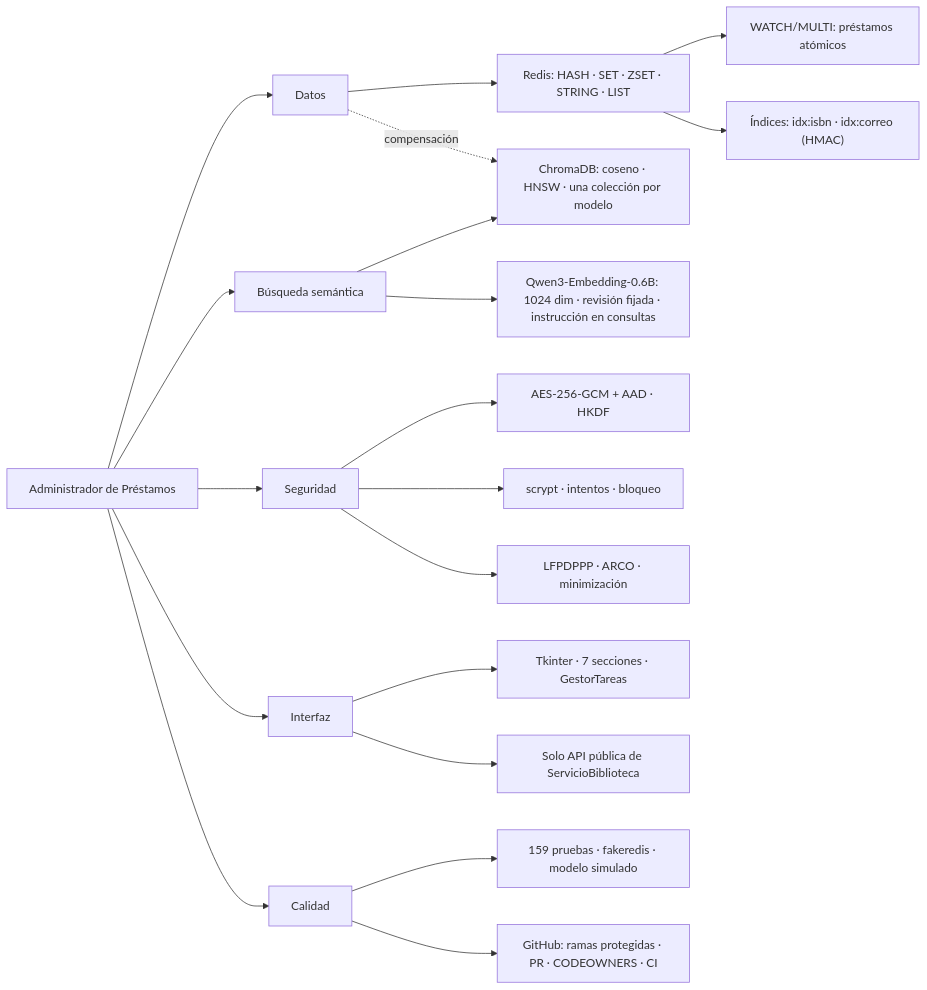
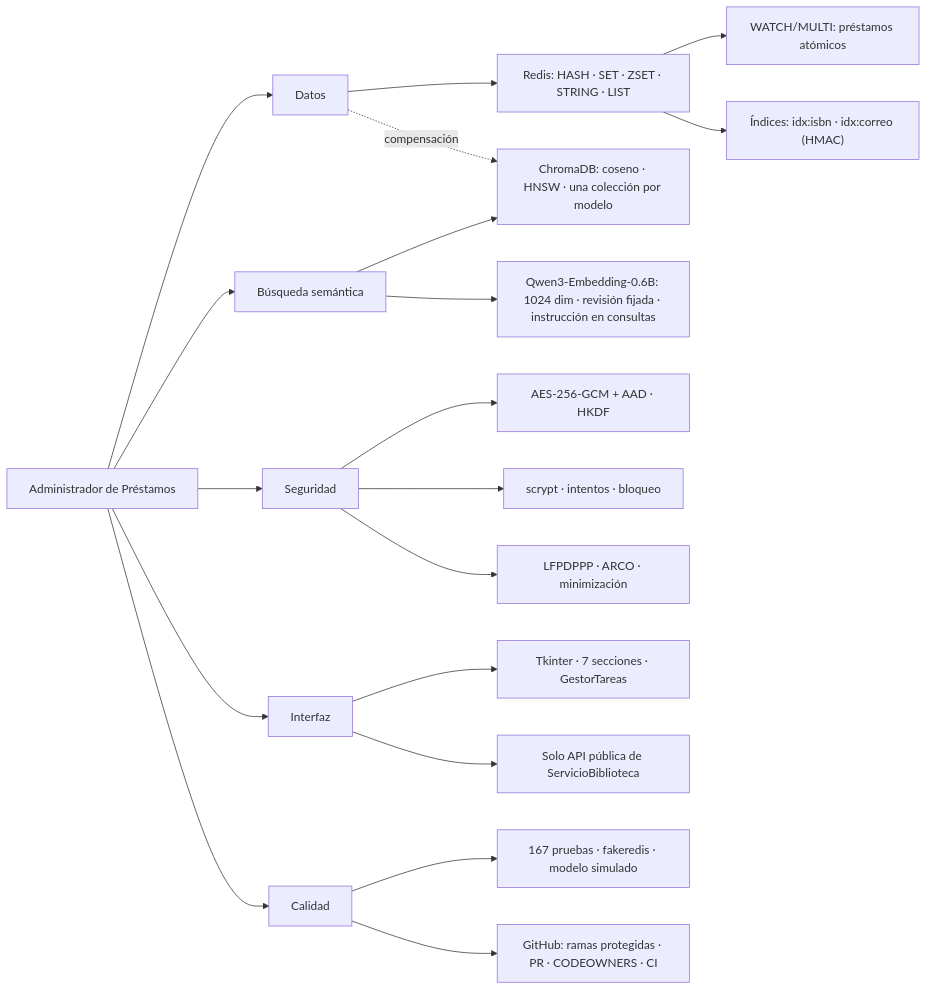
The fourth of 4 diagrams in docs/GUIA_ESTUDIO_PROYECTO.md (vesseldot/Administrador-Prestamos-Libros), drawn with Mermaid before and after one commit. The commit also changed other lines of this file and 6 other files, not shown here.

First line of the commit message:
docs: describir la memoria por modelo y actualizar los recuentos de pruebas

````diff
--- a/docs/GUIA_ESTUDIO_PROYECTO.md
+++ b/docs/GUIA_ESTUDIO_PROYECTO.md
@@ -1100,21 +1100,21 @@
 ```mermaid
 flowchart LR
     P["Administrador de Préstamos"] --> D["Datos"]
     P --> B["Búsqueda semántica"]
     P --> S["Seguridad"]
     P --> I["Interfaz"]
     P --> C["Calidad"]
     D --> R["Redis: HASH · SET · ZSET · STRING · LIST"]
     R --> T["WATCH/MULTI: préstamos atómicos"]
     R --> X["Índices: idx:isbn · idx:correo (HMAC)"]
     B --> CH["ChromaDB: coseno · HNSW · una colección por modelo"]
     B --> Q["Qwen3-Embedding-0.6B: 1024 dim · revisión fijada · instrucción en consultas"]
     D -.->|compensación| CH
     S --> A["AES-256-GCM + AAD · HKDF"]
     S --> O["scrypt · intentos · bloqueo"]
     S --> L["LFPDPPP · ARCO · minimización"]
     I --> TK["Tkinter · 7 secciones · GestorTareas"]
     I --> API["Solo API pública de ServicioBiblioteca"]
-    C --> PR["159 pruebas · fakeredis · modelo simulado"]
+    C --> PR["167 pruebas · fakeredis · modelo simulado"]
     C --> GH["GitHub: ramas protegidas · PR · CODEOWNERS · CI"]
 ```
````
